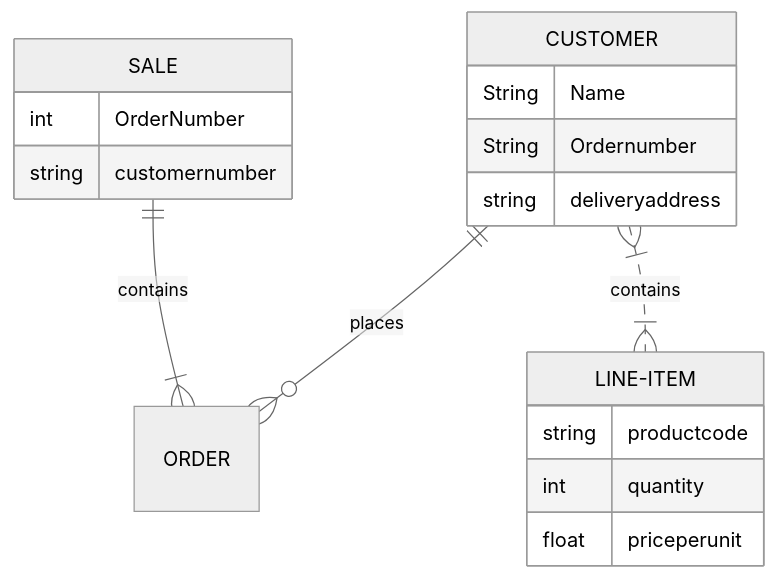
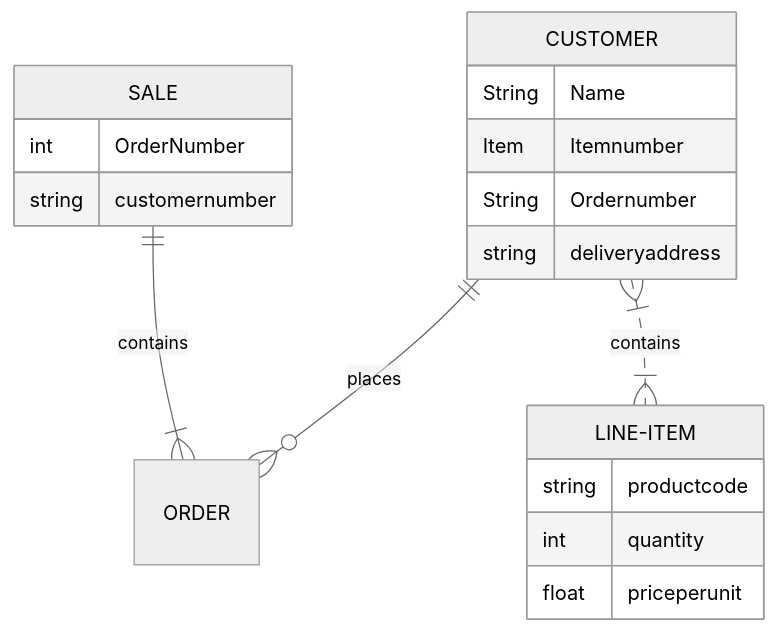
One commit to slaucks/slaucks.github.io changed the diagram in NikeStore_ERD.md. Above: the diagram before and after it, drawn with Mermaid (neutral theme).

````diff
--- a/NikeStore_ERD.md
+++ b/NikeStore_ERD.md
@@ -1,21 +1,22 @@
 ```mermaid
 erDiagram
     CUSTOMER ||--o{ ORDER : places
     CUSTOMER {
            String Name
+           Item Itemnumber
            String Ordernumber
            string deliveryaddress
 }
     SALE ||--|{ ORDER : contains
     SALE { 
        int OrderNumber
        string customernumber
     }
     CUSTOMER }|..|{ LINE-ITEM : contains
     LINE-ITEM {
           string productcode
           int quantity
           float priceperunit
     }
 
 ```
````
